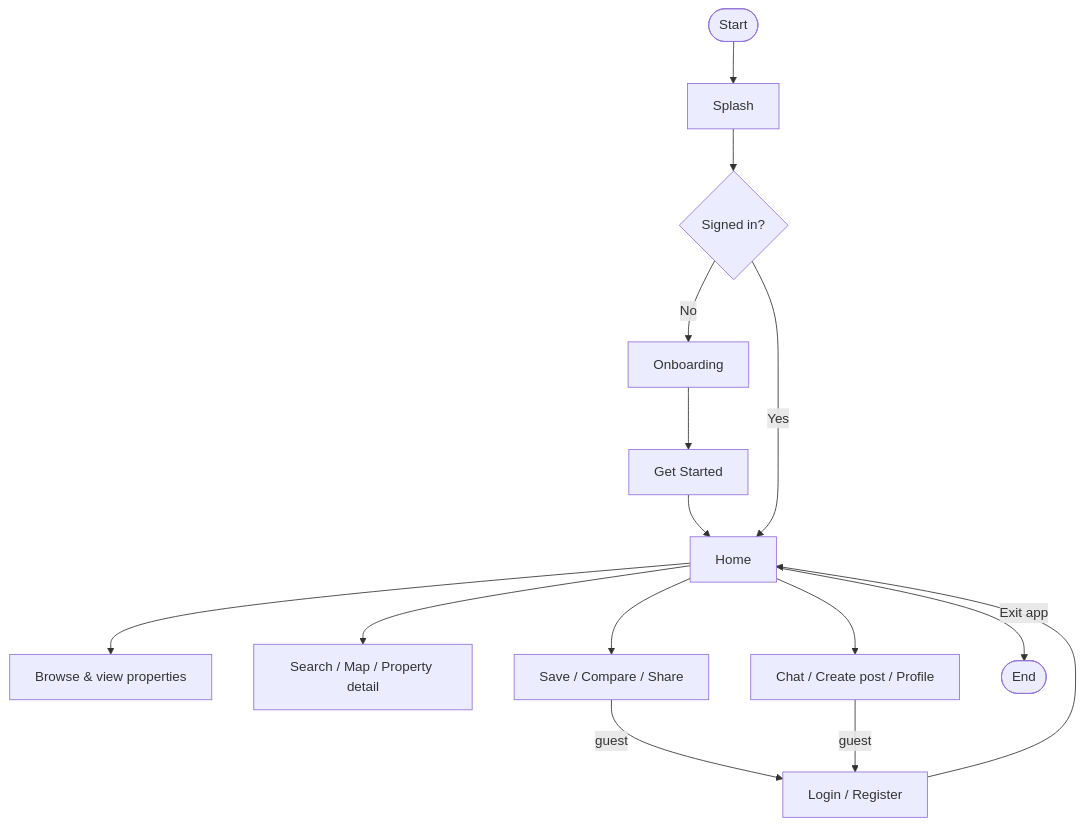
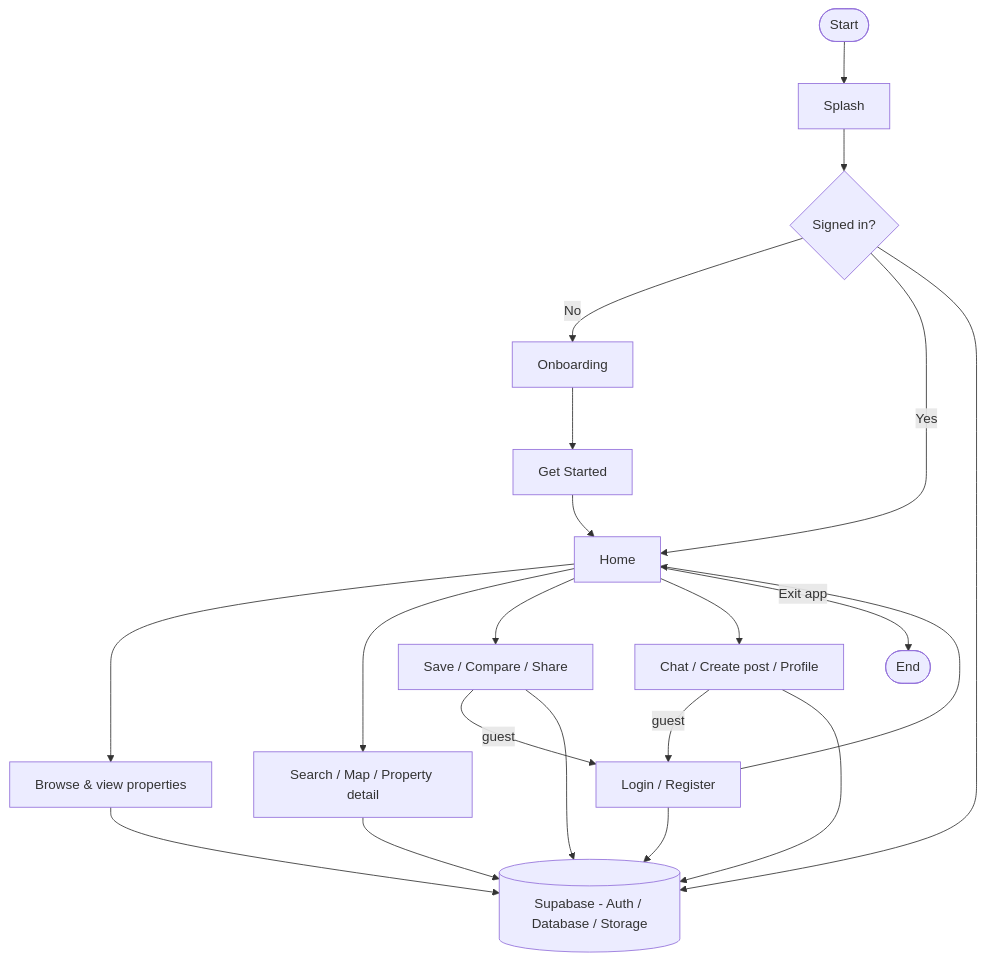
One commit to thetnaung-dev/Internship changed the diagram in docs/diagrams/flowchart.mmd. Above: the diagram before and after it, drawn with Mermaid. The commit also changed 1 other file, not shown here.

Commit message:
docs: add Supabase to flowchart

```diff
--- a/docs/diagrams/flowchart.mmd
+++ b/docs/diagrams/flowchart.mmd
@@ -1,18 +1,25 @@
 flowchart TD
     A([Start]) --> B[Splash]
     B --> C{Signed in?}
     C -- No --> D[Onboarding]
     D --> E[Get Started]
     E --> F[Home]
     C -- Yes --> F
 
     F --> G[Browse & view properties]
     F --> H[Search / Map / Property detail]
     F --> I[Save / Compare / Share]
     F --> J[Chat / Create post / Profile]
 
     I -- guest --> K[Login / Register]
     J -- guest --> K
     K --> F
 
+    C --> SB[(Supabase - Auth / Database / Storage)]
+    K --> SB
+    G --> SB
+    H --> SB
+    I --> SB
+    J --> SB
+
     F -- Exit app --> Z([End])
```
